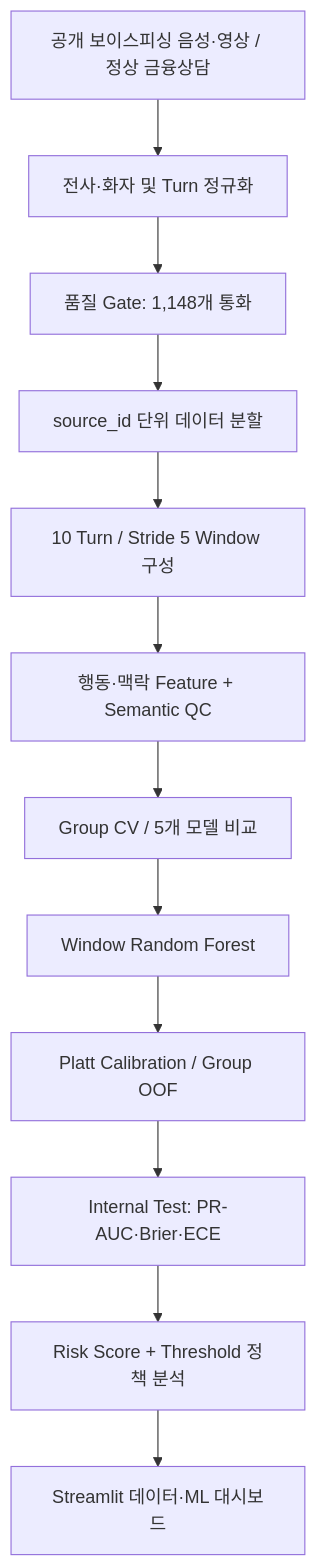
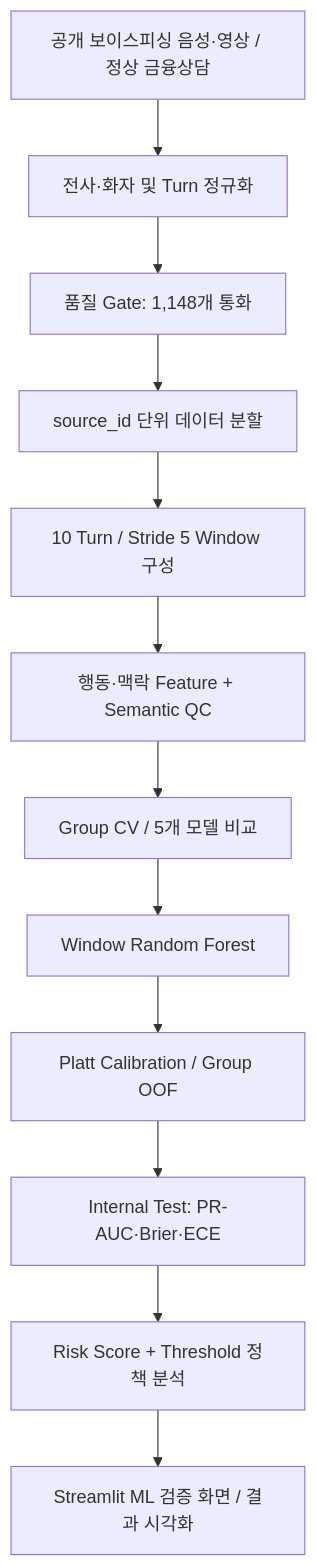
The diagram in README.md (hamhj7694/AIXTeamProject1), drawn with Mermaid before and after one commit. The commit also changed other lines of this file, not shown here.

````diff
--- a/README.md
+++ b/README.md
@@ -157,14 +183,14 @@
 ```mermaid
 flowchart TB
     A["공개 보이스피싱 음성·영상 / 정상 금융상담"] --> B["전사·화자 및 Turn 정규화"]
     B --> C["품질 Gate: 1,148개 통화"]
     C --> D["source_id 단위 데이터 분할"]
     D --> E["10 Turn / Stride 5 Window 구성"]
     E --> F["행동·맥락 Feature + Semantic QC"]
     F --> G["Group CV / 5개 모델 비교"]
     G --> H["Window Random Forest"]
     H --> I["Platt Calibration / Group OOF"]
     I --> J["Internal Test: PR-AUC·Brier·ECE"]
     J --> K["Risk Score + Threshold 정책 분석"]
-    K --> L["Streamlit 데이터·ML 대시보드"]
+    K --> L["Streamlit ML 검증 화면 / 결과 시각화"]
 ```
````
